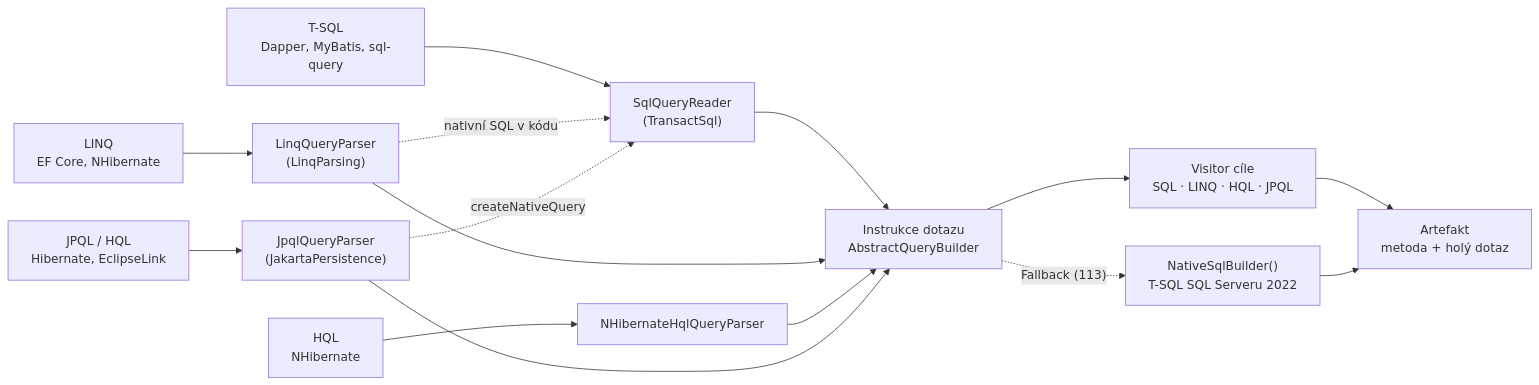
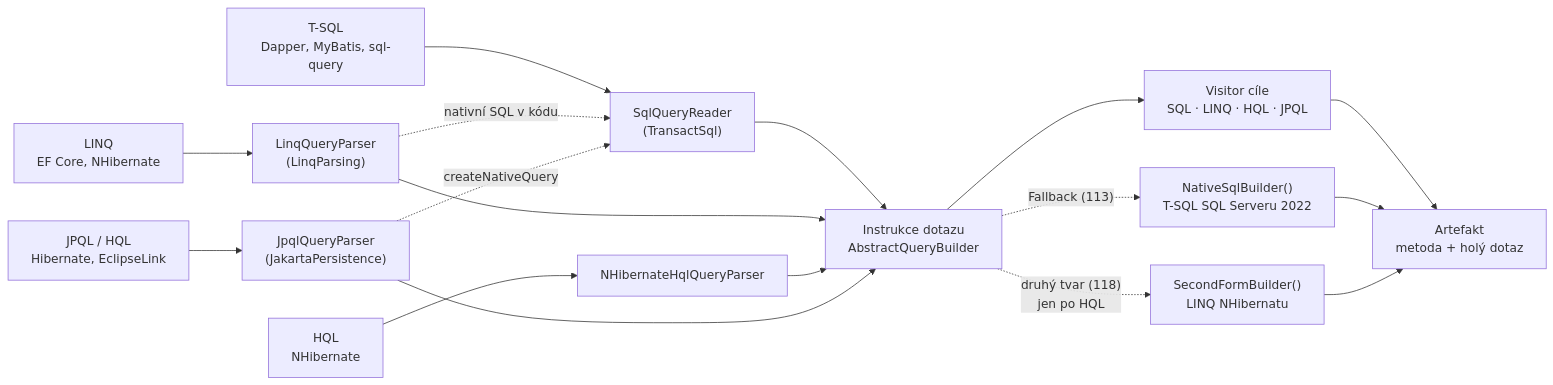
The eighth of 17 diagrams in docs/architecture.md (MiraStochel/orm-convertor), drawn with Mermaid before and after one commit. The commit also changed other lines of this file and 39 other files, not shown here.

Commit message:
Write an NHibernate query as LINQ beside its HQL over a shared LINQ writer

````diff
--- a/docs/architecture.md
+++ b/docs/architecture.md
@@ -460,14 +462,16 @@
 ```mermaid
 flowchart LR
   TS["T-SQL<br/>Dapper, MyBatis, sql-query"] --> SR["SqlQueryReader<br/>(TransactSql)"]
   LQ["LINQ<br/>EF Core, NHibernate"] --> LP["LinqQueryParser<br/>(LinqParsing)"]
   HQ["HQL<br/>NHibernate"] --> HP["NHibernateHqlQueryParser"]
   JQ["JPQL / HQL<br/>Hibernate, EclipseLink"] --> JP["JpqlQueryParser<br/>(JakartaPersistence)"]
   LP -.->|"nativní SQL v kódu"| SR
   JP -.->|"createNativeQuery"| SR
   SR & LP & HP & JP --> IR["Instrukce dotazu<br/>AbstractQueryBuilder"]
   IR --> V["Visitor cíle<br/>SQL · LINQ · HQL · JPQL"]
   IR -.->|"Fallback (113)"| NS["NativeSqlBuilder()<br/>T-SQL SQL Serveru 2022"]
+  IR -.->|"druhý tvar (118)<br/>jen po HQL"| SF["SecondFormBuilder()<br/>LINQ NHibernatu"]
   V --> A["Artefakt<br/>metoda + holý dotaz"]
   NS --> A
+  SF --> A
 ```
````
